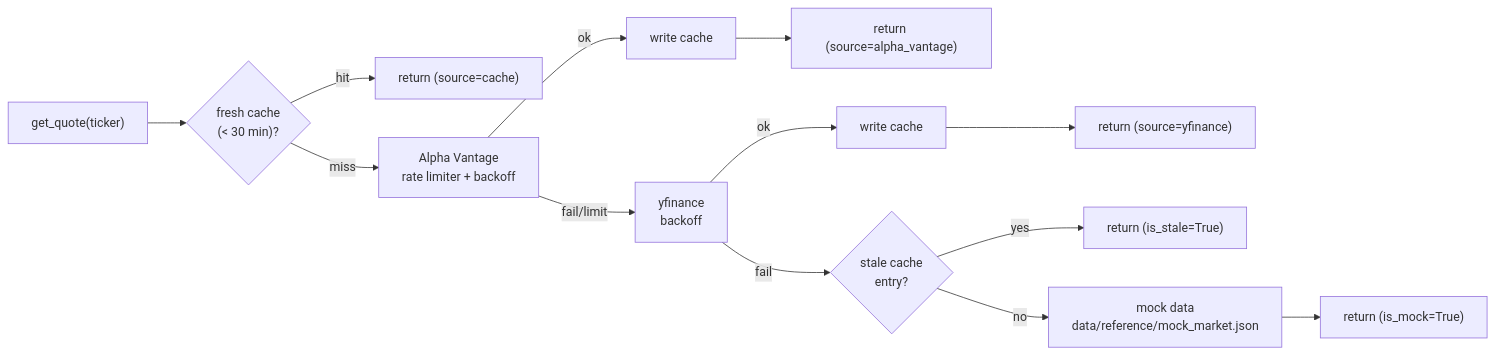
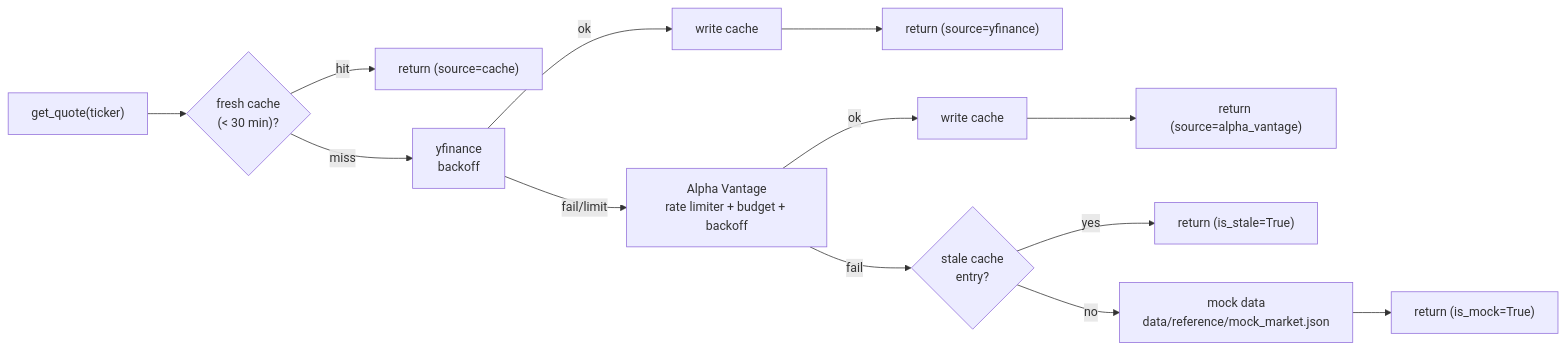
The fourth of 6 diagrams in docs/DESIGN.md (adammazhar/finnie-ai-finance-assistant), drawn with Mermaid before and after one commit. The commit also changed other lines of this file and 2 other files, not shown here.

First line of the commit message:
refactor(data): try yfinance first for quotes and daily history

````diff
--- a/docs/DESIGN.md
+++ b/docs/DESIGN.md
@@ -401,12 +401,12 @@
 ```mermaid
 flowchart LR
     Q["get_quote(ticker)"] --> C{"fresh cache<br/>(< 30 min)?"}
     C -- hit --> R["return (source=cache)"]
-    C -- miss --> AV["Alpha Vantage<br/>rate limiter + backoff"]
-    AV -- ok --> W["write cache"] --> R2["return (source=alpha_vantage)"]
-    AV -- fail/limit --> YF["yfinance<br/>backoff"]
-    YF -- ok --> W2["write cache"] --> R3["return (source=yfinance)"]
-    YF -- fail --> ST{"stale cache<br/>entry?"}
+    C -- miss --> YF["yfinance<br/>backoff"]
+    YF -- ok --> W["write cache"] --> R2["return (source=yfinance)"]
+    YF -- fail/limit --> AV["Alpha Vantage<br/>rate limiter + budget + backoff"]
+    AV -- ok --> W2["write cache"] --> R3["return (source=alpha_vantage)"]
+    AV -- fail --> ST{"stale cache<br/>entry?"}
     ST -- yes --> R4["return (is_stale=True)"]
     ST -- no --> MK["mock data<br/>data/reference/mock_market.json"] --> R5["return (is_mock=True)"]
 ```
````
